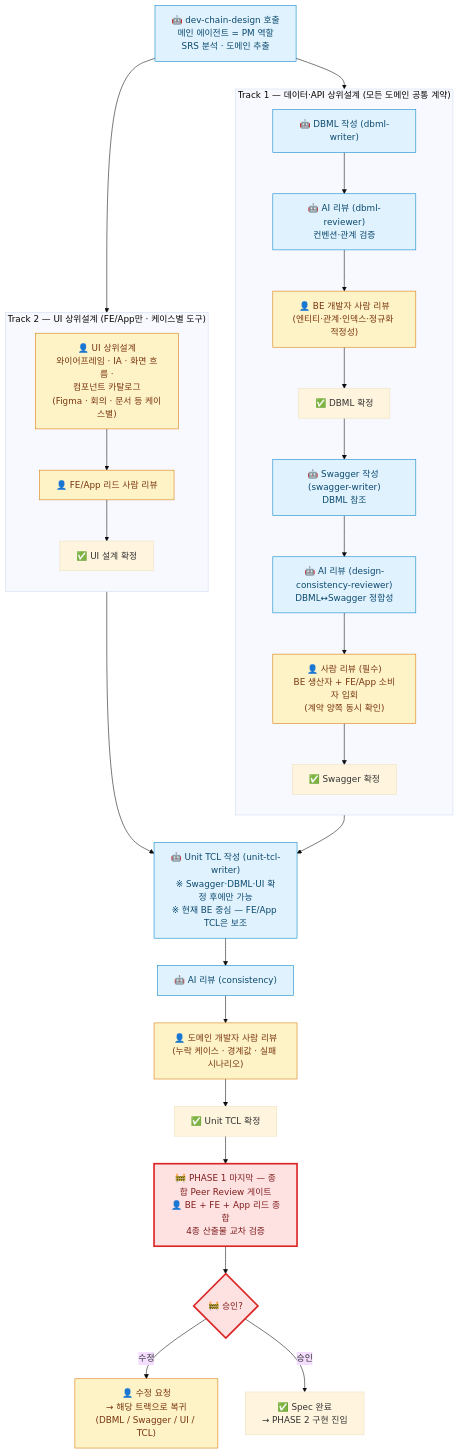
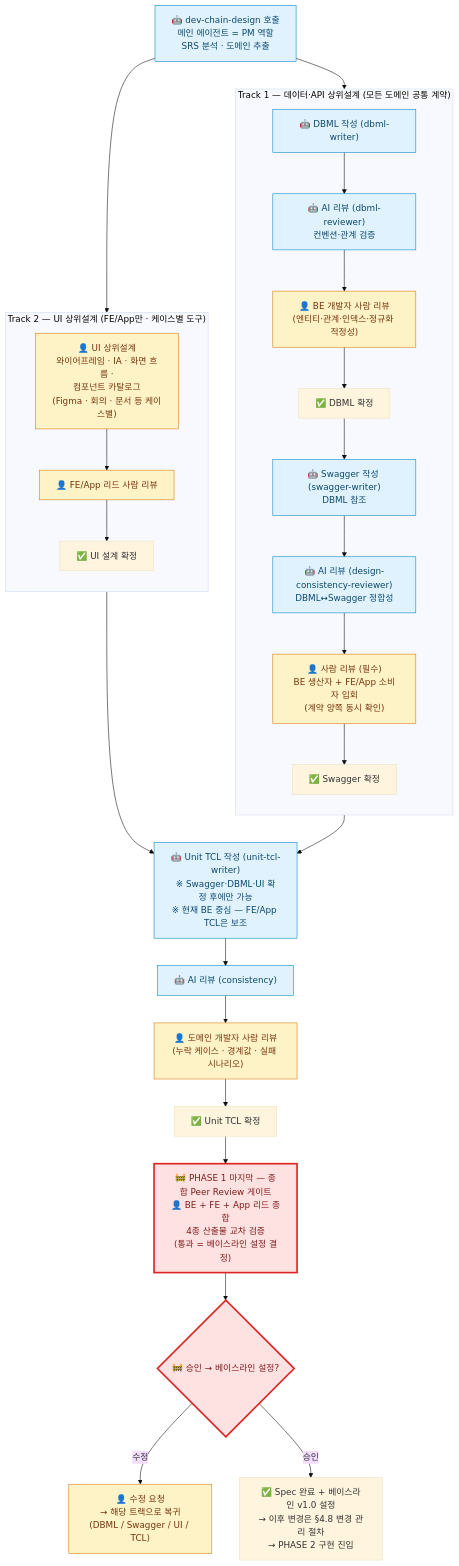
Before and after one commit to gracegyu/munto-dev-assistant-report: the fifth of 8 diagrams in reports/2026-05-harness-TO-BE.md, drawn with Mermaid (base theme). The commit also changed other lines of this file and 2 other files, not shown here.

````diff
--- a/reports/2026-05-harness-TO-BE.md
+++ b/reports/2026-05-harness-TO-BE.md
@@ -416,50 +416,50 @@
 ```mermaid
 flowchart TD
     START["🤖 dev-chain-design 호출<br/>메인 에이전트 = PM 역할<br/>SRS 분석 · 도메인 추출"]:::ai
 
     subgraph T1 ["Track 1 — 데이터·API 상위설계 (모든 도메인 공통 계약)"]
         direction TB
         D1["🤖 DBML 작성 (dbml-writer)"]:::ai
         D2["🤖 AI 리뷰 (dbml-reviewer)<br/>컨벤션·관계 검증"]:::ai
         D3["👤 BE 개발자 사람 리뷰<br/>(엔티티·관계·인덱스·정규화 적정성)"]:::human
         D4["✅ DBML 확정"]
         S1["🤖 Swagger 작성 (swagger-writer)<br/>DBML 참조"]:::ai
         S2["🤖 AI 리뷰 (design-consistency-reviewer)<br/>DBML↔Swagger 정합성"]:::ai
         S3["👤 사람 리뷰 (필수)<br/>BE 생산자 + FE/App 소비자 입회<br/>(계약 양쪽 동시 확인)"]:::human
         S4["✅ Swagger 확정"]
 
         D1 --> D2 --> D3 --> D4 --> S1 --> S2 --> S3 --> S4
     end
 
     subgraph T2 ["Track 2 — UI 상위설계 (FE/App만 · 케이스별 도구)"]
         direction TB
         U1["👤 UI 상위설계<br/>와이어프레임 · IA · 화면 흐름 ·<br/>컴포넌트 카탈로그<br/>(Figma · 회의 · 문서 등 케이스별)"]:::human
         U2["👤 FE/App 리드 사람 리뷰"]:::human
         U3["✅ UI 설계 확정"]
 
         U1 --> U2 --> U3
     end
 
     T3["🤖 Unit TCL 작성 (unit-tcl-writer)<br/>※ Swagger·DBML·UI 확정 후에만 가능<br/>※ 현재 BE 중심 — FE/App TCL은 보조"]:::ai
     T4["🤖 AI 리뷰 (consistency)"]:::ai
     T5["👤 도메인 개발자 사람 리뷰<br/>(누락 케이스 · 경계값 · 실패 시나리오)"]:::human
     T6["✅ Unit TCL 확정"]
 
-    GATE["🚧 PHASE 1 마지막 — 종합 Peer Review 게이트<br/>👤 BE + FE + App 리드 종합<br/>4종 산출물 교차 검증"]:::gate
-    GDEC{"🚧 승인?"}:::gate
+    GATE["🚧 PHASE 1 마지막 — 종합 Peer Review 게이트<br/>👤 BE + FE + App 리드 종합<br/>4종 산출물 교차 검증<br/>(통과 = 베이스라인 설정 결정)"]:::gate
+    GDEC{"🚧 승인 → 베이스라인 설정?"}:::gate
     GFIX["👤 수정 요청<br/>→ 해당 트랙으로 복귀<br/>(DBML / Swagger / UI / TCL)"]:::human
-    DONE["✅ Spec 완료<br/>→ PHASE 2 구현 진입"]
+    DONE["✅ Spec 완료 + 베이스라인 v1.0 설정<br/>→ 이후 변경은 §4.8 변경 관리 절차<br/>→ PHASE 2 구현 진입"]
 
     START --> D1
     START --> U1
     S4 --> T3
     U3 --> T3
     T3 --> T4 --> T5 --> T6 --> GATE --> GDEC
     GDEC -- "수정" --> GFIX
     GDEC -- "승인" --> DONE
 
     classDef ai fill:#e0f2fe,stroke:#0284c7,color:#0c4a6e
     classDef human fill:#fef3c7,stroke:#d97706,color:#78350f
     classDef collab fill:#f3e8ff,stroke:#9333ea,color:#581c87
     classDef gate fill:#fee2e2,stroke:#dc2626,color:#7f1d1d,stroke-width:3px
 ```
````
